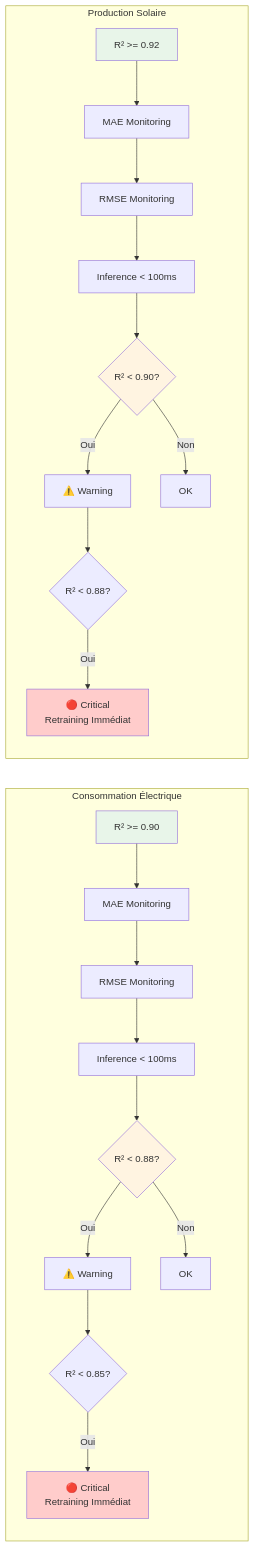
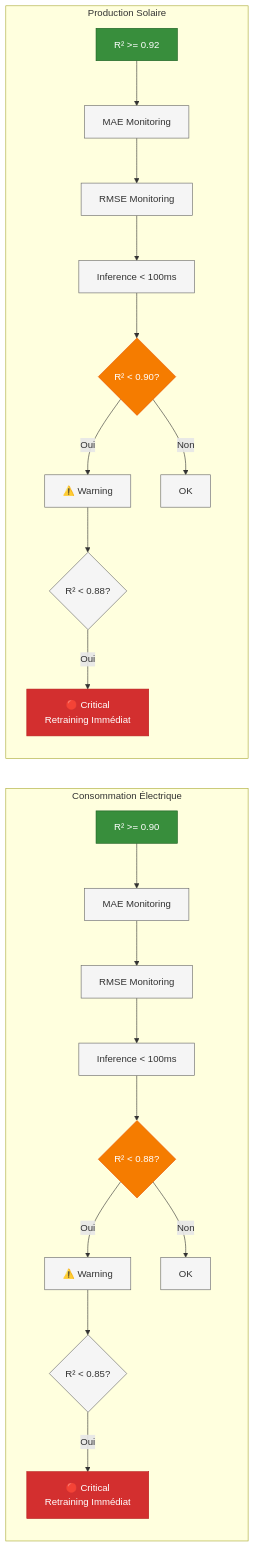
Before and after one commit to jinsudai/jinsudai: diagram 14 of 21 in docs/ARCHITECTURE_MLOPS.md, drawn with Mermaid. The commit also changed other lines of this file and 9 other files, not shown here.

````diff
--- a/docs/ARCHITECTURE_MLOPS.md
+++ b/docs/ARCHITECTURE_MLOPS.md
@@ -481,31 +552,33 @@
 ```mermaid
 graph LR
+    classDef ok fill:#388E3C,stroke:#1B5E20,color:#fff
+    classDef warning fill:#F57C00,stroke:#E65100,color:#fff
+    classDef critical fill:#D32F2F,stroke:#B71C1C,color:#fff
+    classDef default fill:#f5f5f5,stroke:#666,color:#333
+
     subgraph "Consommation Électrique"
         C1[R² >= 0.90] --> C2[MAE Monitoring]
         C2 --> C3[RMSE Monitoring]
         C3 --> C4[Inference < 100ms]
         C4 --> C5{R² < 0.88?}
         C5 -->|Oui| C6[⚠️ Warning]
         C5 -->|Non| C7[OK]
         C6 --> C8{R² < 0.85?}
         C8 -->|Oui| C9[🔴 Critical<br/>Retraining Immédiat]
     end
-    
+
     subgraph "Production Solaire"
         S1[R² >= 0.92] --> S2[MAE Monitoring]
         S2 --> S3[RMSE Monitoring]
         S3 --> S4[Inference < 100ms]
         S4 --> S5{R² < 0.90?}
         S5 -->|Oui| S6[⚠️ Warning]
         S5 -->|Non| S7[OK]
         S6 --> S8{R² < 0.88?}
         S8 -->|Oui| S9[🔴 Critical<br/>Retraining Immédiat]
     end
-    
-    style C1 fill:#e8f5e9
-    style C5 fill:#fff4e1
-    style C9 fill:#ffcccb
-    style S1 fill:#e8f5e9
-    style S5 fill:#fff4e1
-    style S9 fill:#ffcccb
+
+    class C1,S1 ok
+    class C5,S5 warning
+    class C9,S9 critical
 ```
````
